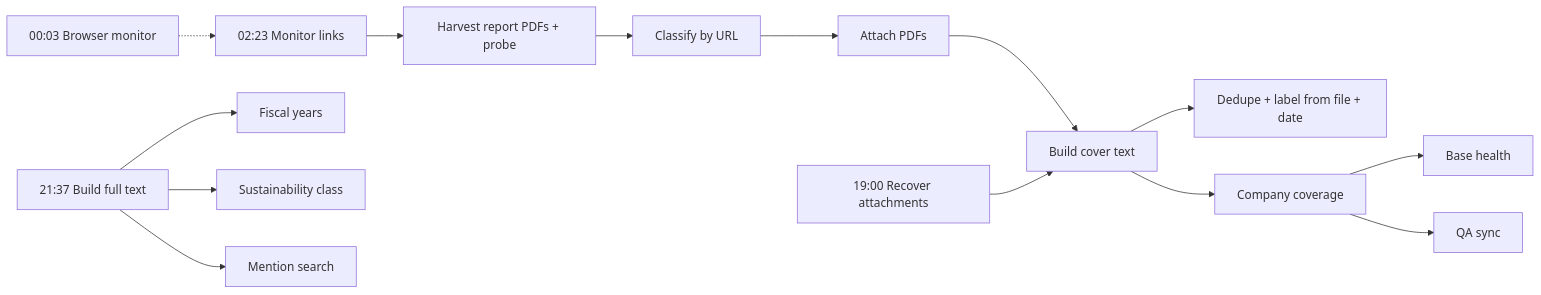
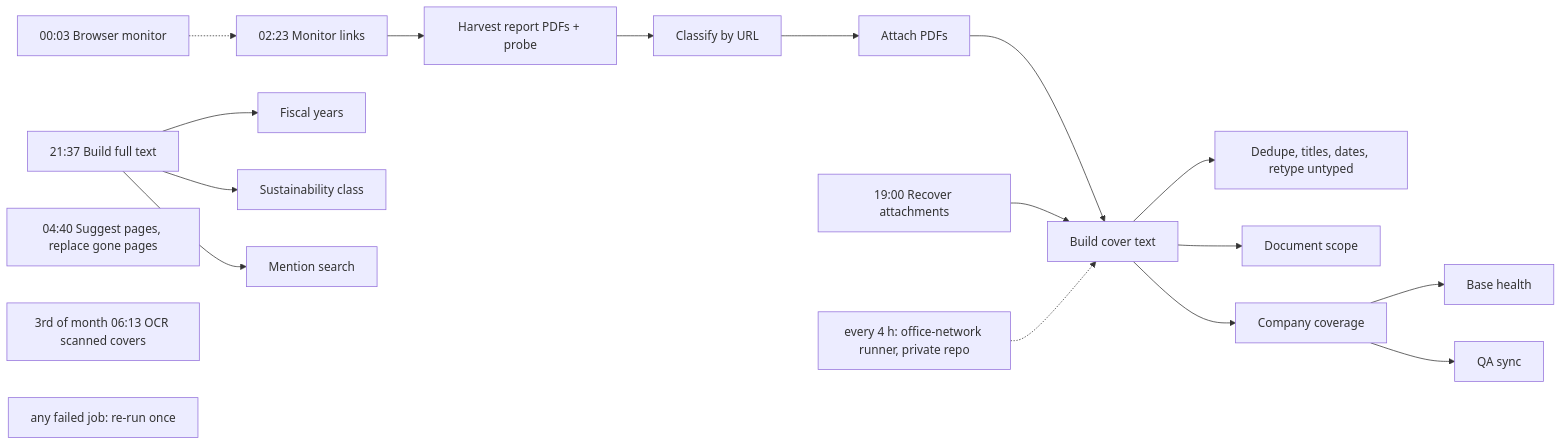
One commit to led2192/wba-link-monitor changed the diagram in docs/architecture.md. Above: the diagram before and after it, drawn with Mermaid. The commit also changed other lines of this file and 5 other files, not shown here.

First line of the commit message:
Docs: diagrams page, nightly chain with repair jobs, current timetable and fields

````diff
--- a/docs/architecture.md
+++ b/docs/architecture.md
@@ -20,16 +20,21 @@
 ```mermaid
 flowchart LR
   BM[00:03 Browser monitor] -.-> M
   M[02:23 Monitor links] --> H[Harvest report PDFs + probe]
   H --> C[Classify by URL]
   C --> A[Attach PDFs]
   A --> CT[Build cover text]
   R[19:00 Recover attachments] --> CT
-  CT --> D[Dedupe + label from file + date]
+  CT --> D[Dedupe, titles, dates, retype untyped]
+  CT --> DS[Document scope]
   CT --> CC[Company coverage]
   CC --> BH[Base health]
   CC --> QS[QA sync]
   FT[21:37 Build full text] --> FY[Fiscal years]
   FT --> SC[Sustainability class]
   FT --> MS[Mention search]
+  DP[04:40 Suggest pages, replace gone pages]
+  OCR[3rd of month 06:13 OCR scanned covers]
+  PC[every 4 h: office-network runner, private repo] -.-> CT
+  RR[any failed job: re-run once]
 ```
````
